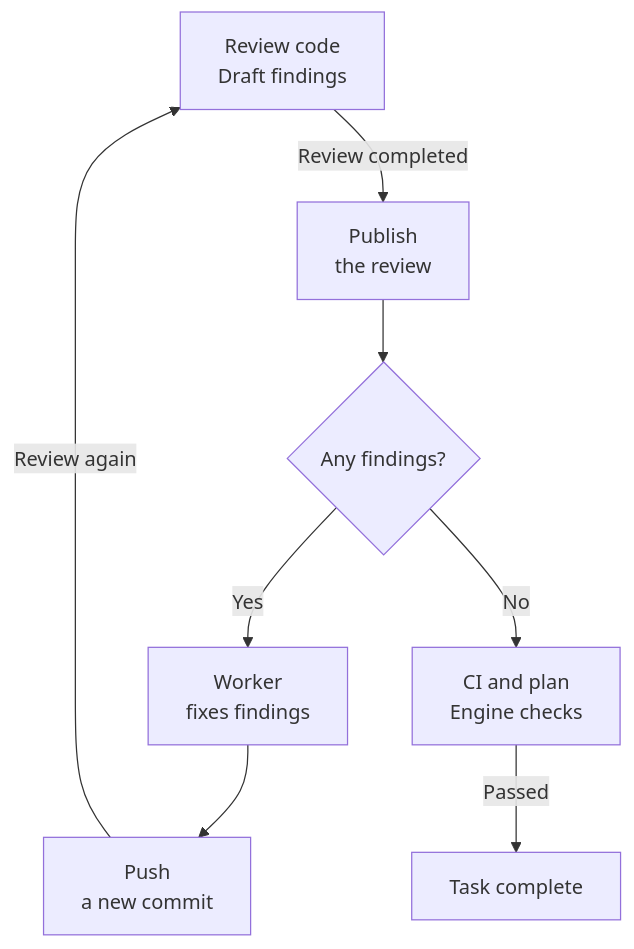
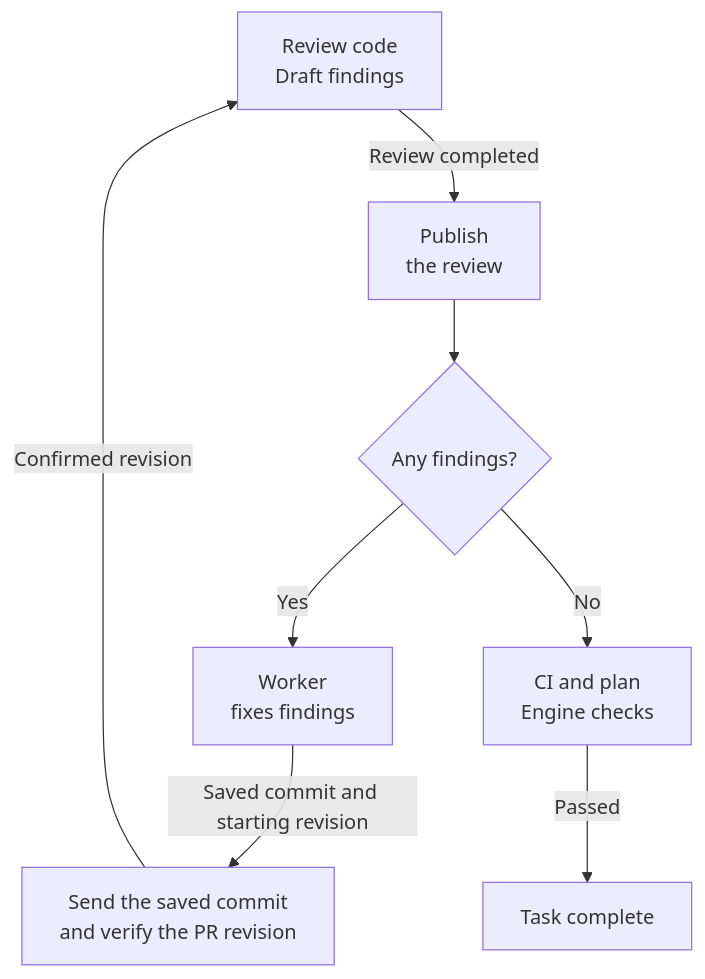
The sixth of 8 diagrams in docs/architecture/en.md (heesooyaam/daddyloop), drawn with Mermaid before and after one commit. The commit also changed other lines of this file and 9 other files, not shown here.

````diff
--- a/docs/architecture/en.md
+++ b/docs/architecture/en.md
@@ -162,10 +162,10 @@
 ```mermaid
 flowchart TB
     R["Review code<br/>Draft findings"] -->|"Review completed"| P["Publish<br/>the review"]
     P --> Q{"Any findings?"}
     Q -->|"Yes"| F["Worker<br/>fixes findings"]
-    F --> H["Push<br/>a new commit"]
-    H -->|"Review again"| R
+    F -->|"Saved commit and starting revision"| H["Send the saved commit<br/>and verify the PR revision"]
+    H -->|"Confirmed revision"| R
     Q -->|"No"| C["CI and plan<br/>Engine checks"]
     C -->|"Passed"| E["Task complete"]
 ```
````
